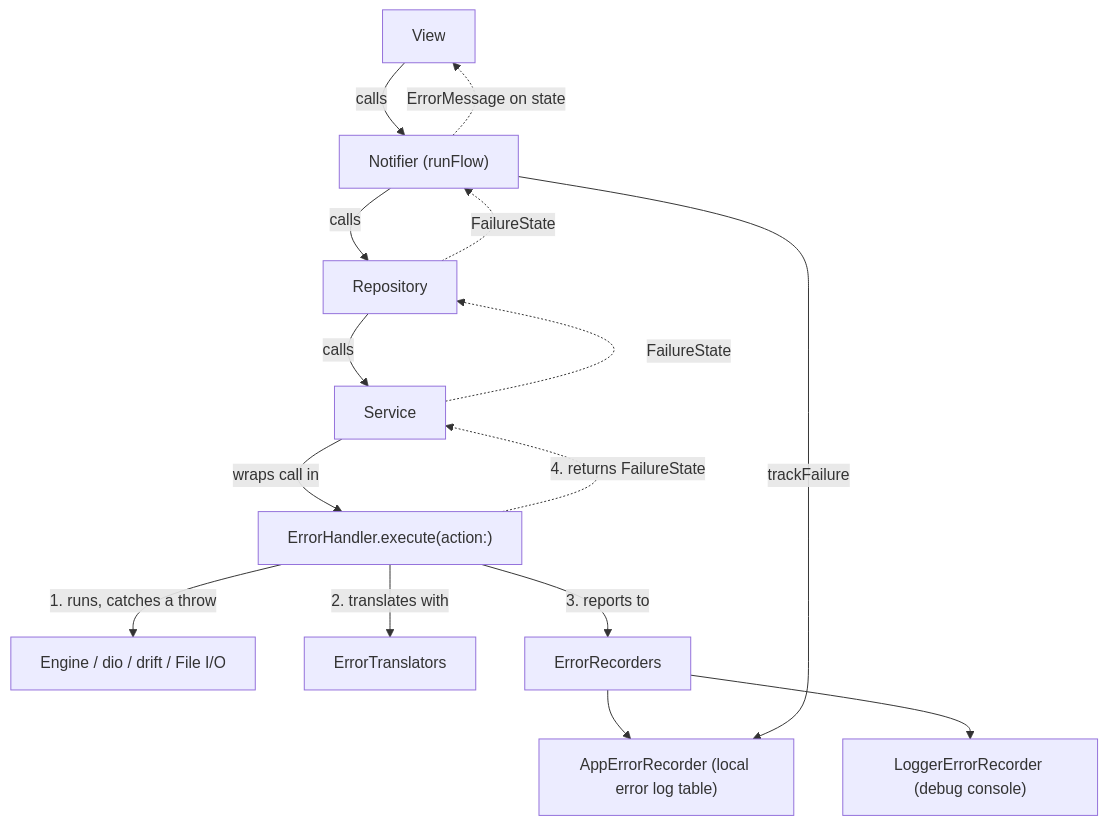
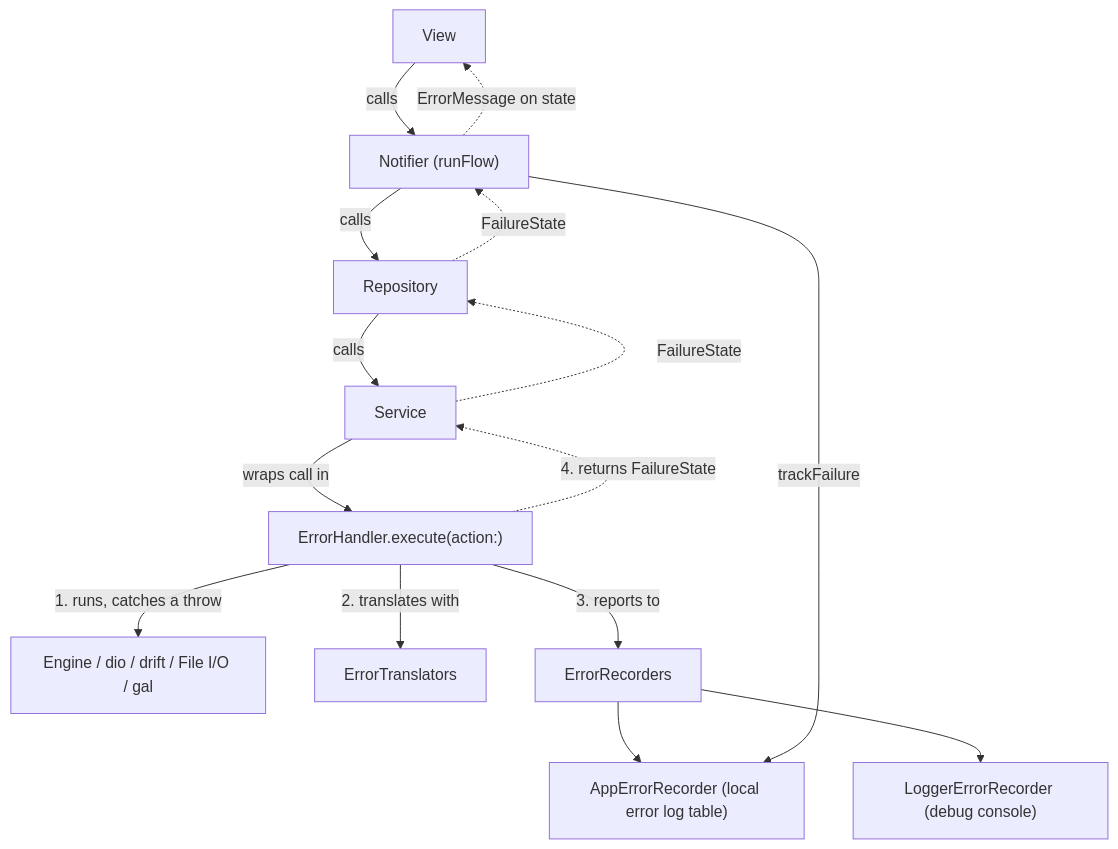
The diagram in docs/core/error_handling.md (gaurishankar007/Flutter-Media-Downloader), drawn with Mermaid before and after one commit. The commit also changed other lines of this file and 53 other files, not shown here.

````diff
--- a/docs/core/error_handling.md
+++ b/docs/core/error_handling.md
@@ -9,17 +9,17 @@
 ```mermaid
 flowchart TB
     V["View"] -- "calls" --> N["Notifier (runFlow)"]
     N -- "calls" --> R["Repository"]
     R -- "calls" --> S["Service"]
     S -- "wraps call in" --> EH["ErrorHandler.execute(action:)"]
-    EH -- "1. runs, catches a throw" --> CB["Engine / dio / drift / File I/O"]
+    EH -- "1. runs, catches a throw" --> CB["Engine / dio / drift / File I/O / gal"]
     EH -- "2. translates with" --> T["ErrorTranslators"]
     EH -- "3. reports to" --> REC["ErrorRecorders"]
     REC --> AR["AppErrorRecorder (local error log table)"]
     REC --> LR["LoggerErrorRecorder (debug console)"]
     EH -. "4. returns FailureState" .-> S
     S -. "FailureState" .-> R
     R -. "FailureState" .-> N
     N -- "trackFailure" --> AR
     N -. "ErrorMessage on state" .-> V
 ```
````
